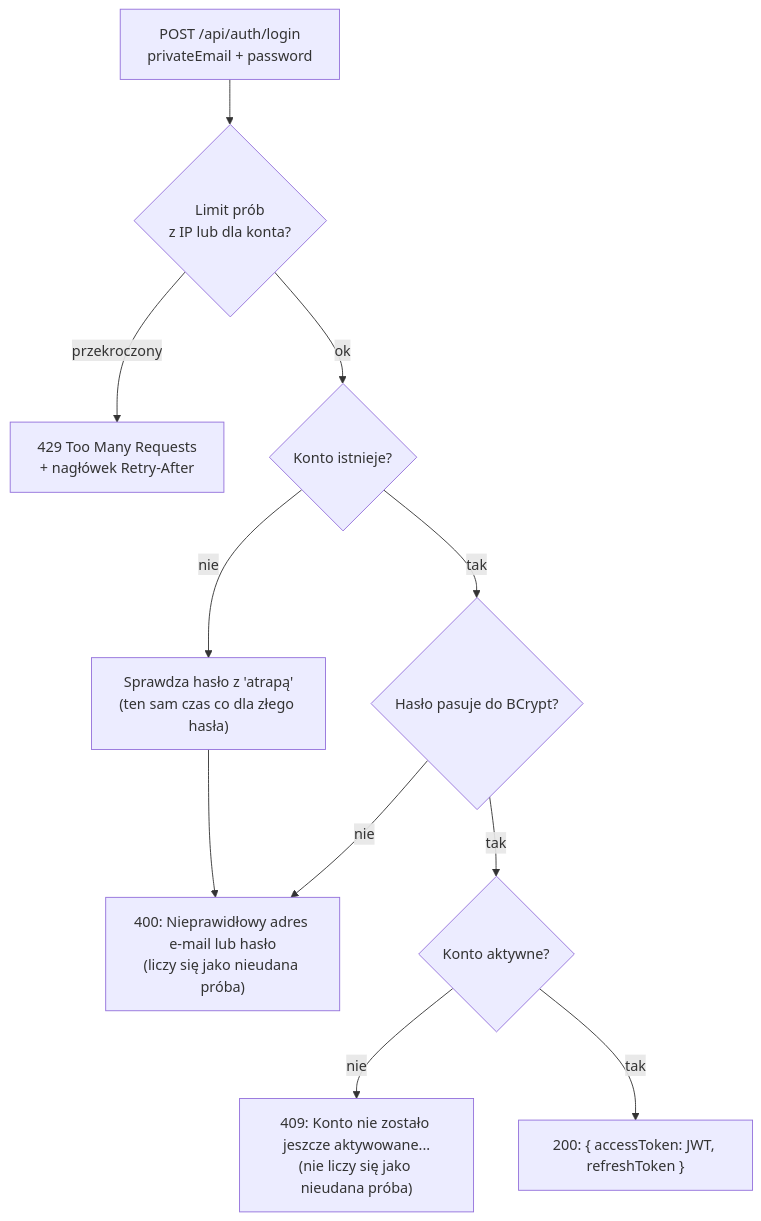
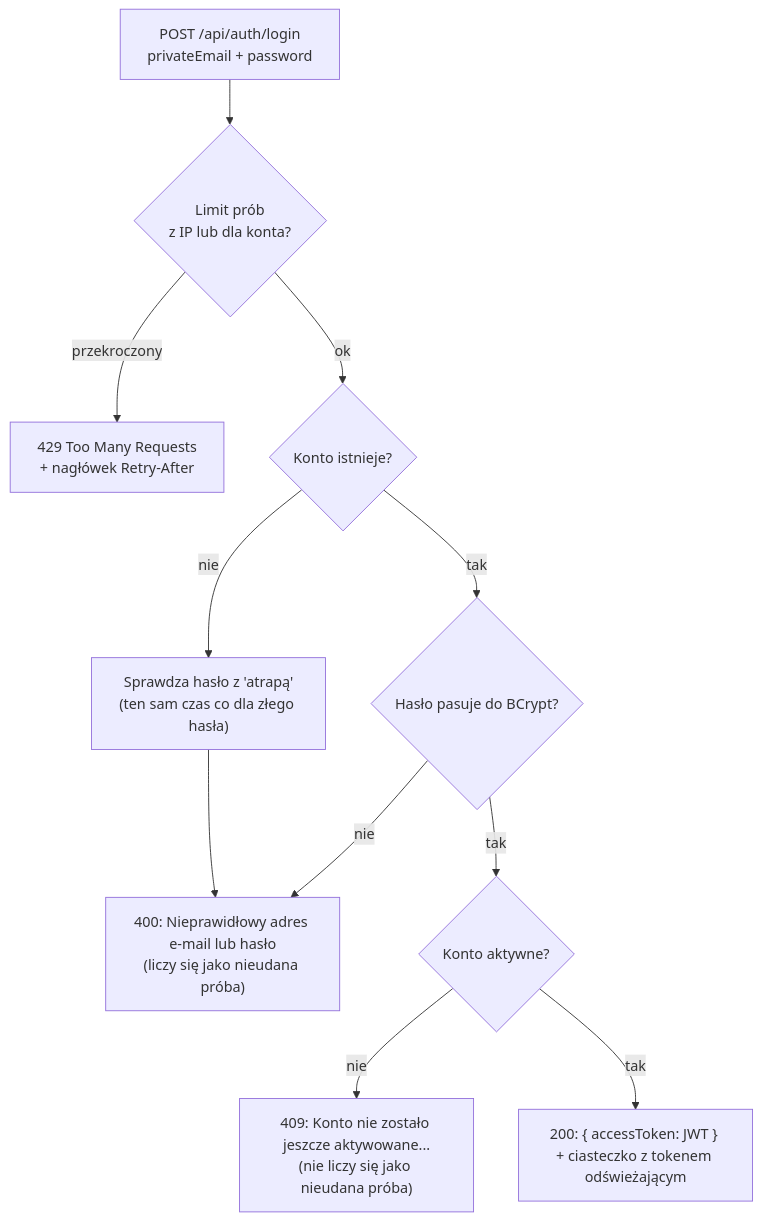
Before and after one commit to YellowHand/tutlaw-backend: the second of 4 diagrams in docs/03-bezpieczenstwo-i-konta.md, drawn with Mermaid. The commit also changed other lines of this file and 30 other files, not shown here.

````diff
--- a/docs/03-bezpieczenstwo-i-konta.md
+++ b/docs/03-bezpieczenstwo-i-konta.md
@@ -72,12 +73,12 @@
 ```mermaid
 flowchart TD
     A["POST /api/auth/login<br/>privateEmail + password"] --> B{"Limit prób<br/>z IP lub dla konta?"}
     B -- "przekroczony" --> X429["429 Too Many Requests<br/>+ nagłówek Retry-After"]
     B -- "ok" --> C{"Konto istnieje?"}
     C -- "nie" --> D["Sprawdza hasło z 'atrapą'<br/>(ten sam czas co dla złego hasła)"] --> E400["400: Nieprawidłowy adres e-mail lub hasło<br/>(liczy się jako nieudana próba)"]
     C -- "tak" --> F{"Hasło pasuje do BCrypt?"}
     F -- "nie" --> E400
     F -- "tak" --> G{"Konto aktywne?"}
     G -- "nie" --> E409["409: Konto nie zostało jeszcze aktywowane...<br/>(nie liczy się jako nieudana próba)"]
-    G -- "tak" --> H["200: { accessToken: JWT, refreshToken }"]
+    G -- "tak" --> H["200: { accessToken: JWT } + ciasteczko z tokenem odświeżającym"]
 ```
````
